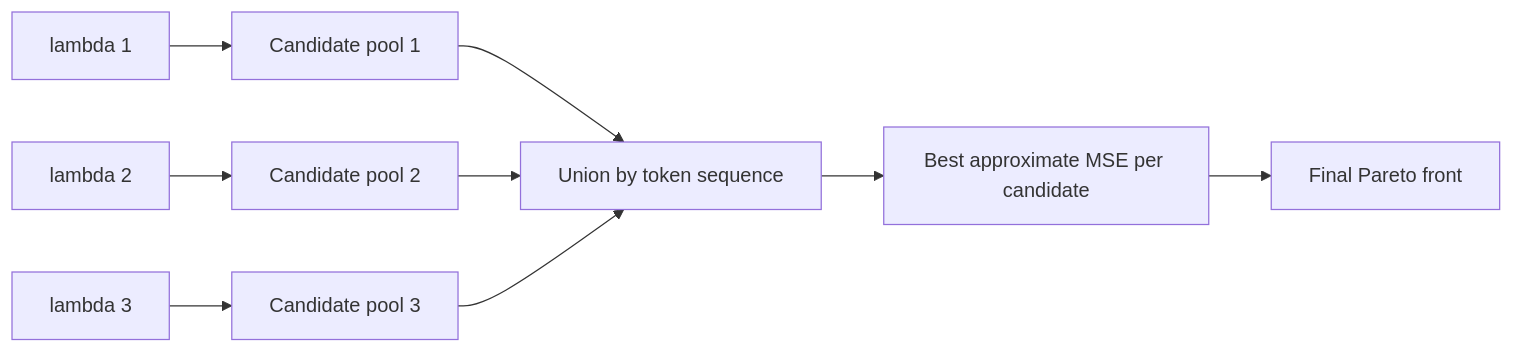
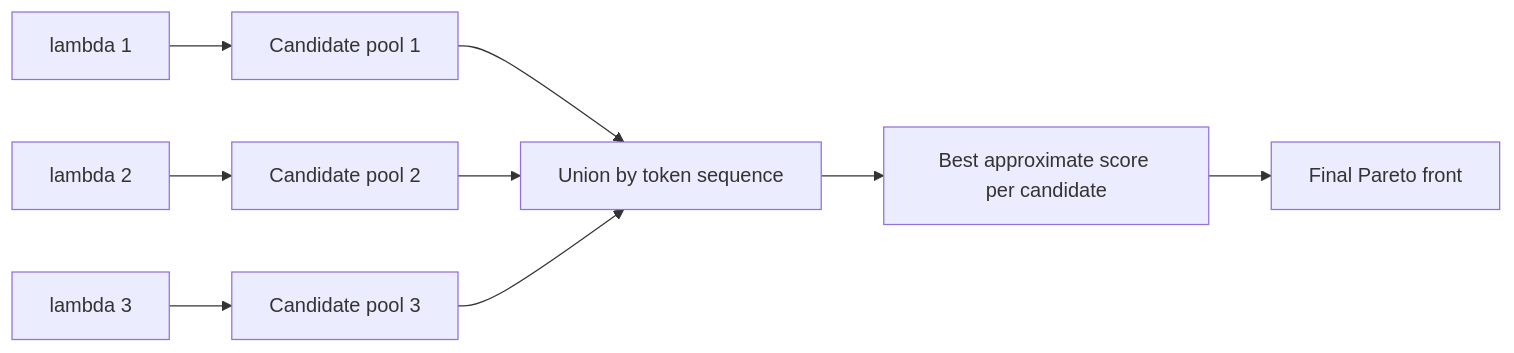
Before and after one commit to kpapmath/nsr-engine: the sixth of 10 diagrams in docs/methodology.md, drawn with Mermaid. The commit also changed other lines of this file and 6 other files, not shown here.

````diff
--- a/docs/methodology.md
+++ b/docs/methodology.md
@@ -190,11 +199,11 @@
 ```mermaid
 flowchart LR
     L1[lambda 1] --> P1[Candidate pool 1]
     L2[lambda 2] --> P2[Candidate pool 2]
     L3[lambda 3] --> P3[Candidate pool 3]
     P1 --> U[Union by token sequence]
     P2 --> U
     P3 --> U
-    U --> C[Best approximate MSE per candidate]
+    U --> C[Best approximate score per candidate]
     C --> F[Final Pareto front]
 ```
````
